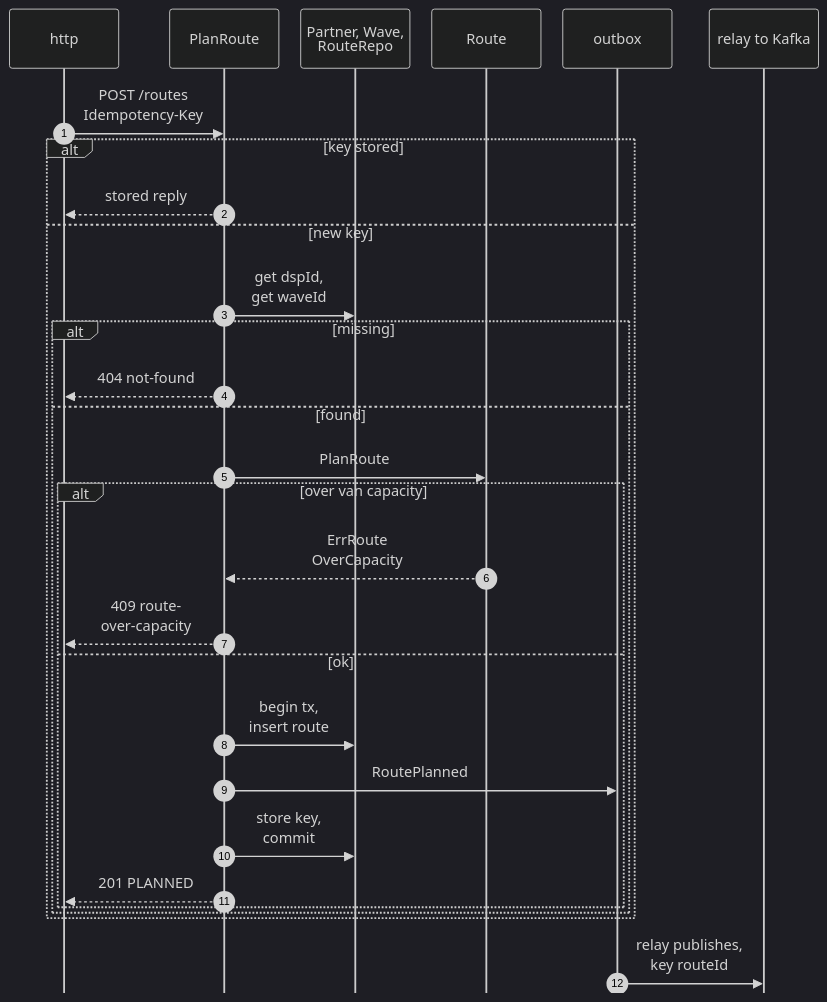
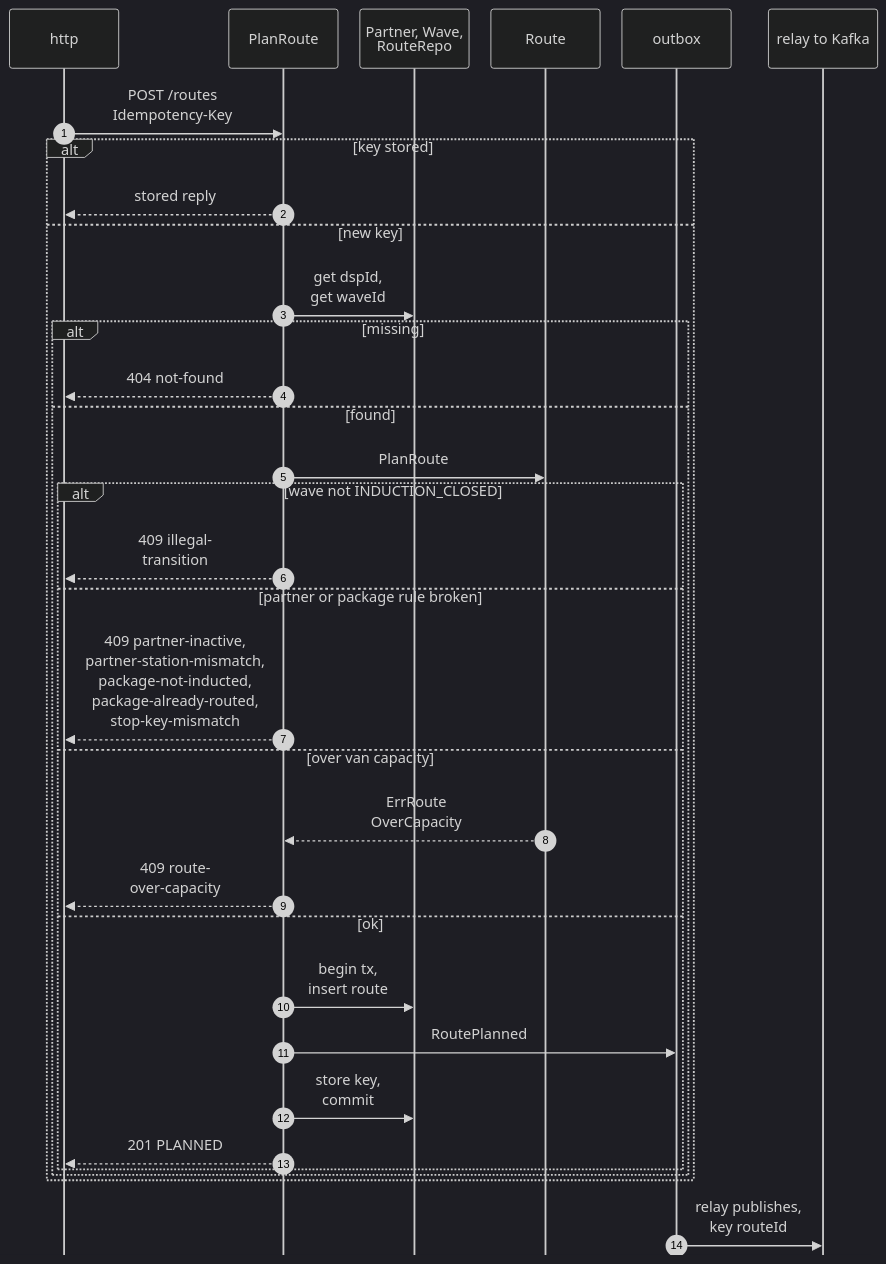
The seventh of 11 diagrams in network/docs/contexts/last-mile-delivery/sequence-diagrams.md (IQVO/warehouse-docs), drawn with Mermaid (dark theme) before and after one commit. The commit also changed other lines of this file and 7 other files, not shown here.

````diff
--- a/network/docs/contexts/last-mile-delivery/sequence-diagrams.md
+++ b/network/docs/contexts/last-mile-delivery/sequence-diagrams.md
@@ -259,32 +277,36 @@
 ```mermaid
 %%{init: {"sequence": {"wrap": true, "width": 120, "actorMargin": 24, "messageMargin": 28, "boxMargin": 6, "noteMargin": 6, "mirrorActors": false}}}%%
 sequenceDiagram
     autonumber
     participant HTTP as http
     participant UC as PlanRoute
     participant REPO as Partner, Wave,<br/>RouteRepo
     participant AGG as Route
     participant OB as outbox
     participant K as relay to Kafka
     HTTP->>UC: POST /routes<br/>Idempotency-Key
     alt key stored
         UC-->>HTTP: stored reply
     else new key
         UC->>REPO: get dspId,<br/>get waveId
         alt missing
             UC-->>HTTP: 404 not-found
         else found
             UC->>AGG: PlanRoute
-            alt over van capacity
+            alt wave not INDUCTION_CLOSED
+                UC-->>HTTP: 409 illegal-<br/>transition
+            else partner or package rule broken
+                UC-->>HTTP: 409 partner-inactive,<br/>partner-station-mismatch,<br/>package-not-inducted,<br/>package-already-routed,<br/>stop-key-mismatch
+            else over van capacity
                 AGG-->>UC: ErrRoute<br/>OverCapacity
                 UC-->>HTTP: 409 route-<br/>over-capacity
             else ok
                 UC->>REPO: begin tx,<br/>insert route
                 UC->>OB: RoutePlanned
                 UC->>REPO: store key,<br/>commit
                 UC-->>HTTP: 201 PLANNED
             end
         end
     end
     OB->>K: relay publishes,<br/>key routeId
 ```
````
